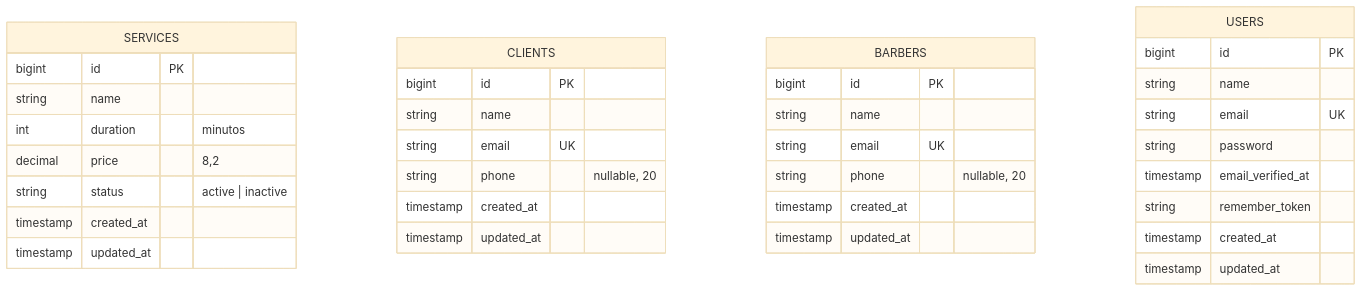
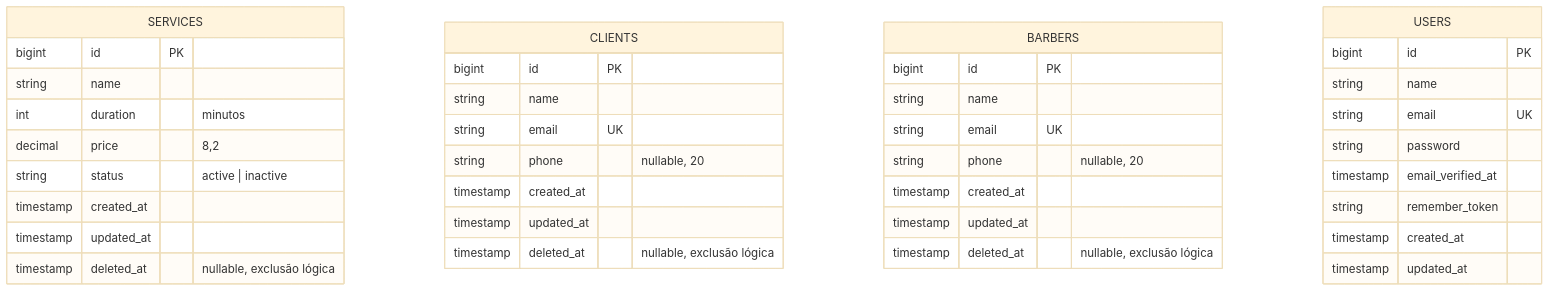
One commit to josecoene/barber-shop changed the first of 2 diagrams in docs/ARQUITETURA.md. Above: the diagram before and after it, drawn with Mermaid (base theme). The commit also changed other lines of this file and 4 other files, not shown here.

````diff
--- a/docs/ARQUITETURA.md
+++ b/docs/ARQUITETURA.md
@@ -74,38 +98,41 @@
 ```mermaid
 erDiagram
     SERVICES {
         bigint id PK
         string name
         int duration "minutos"
         decimal price "8,2"
         string status "active | inactive"
         timestamp created_at
         timestamp updated_at
+        timestamp deleted_at "nullable, exclusão lógica"
     }
     CLIENTS {
         bigint id PK
         string name
         string email UK
         string phone "nullable, 20"
         timestamp created_at
         timestamp updated_at
+        timestamp deleted_at "nullable, exclusão lógica"
     }
     BARBERS {
         bigint id PK
         string name
         string email UK
         string phone "nullable, 20"
         timestamp created_at
         timestamp updated_at
+        timestamp deleted_at "nullable, exclusão lógica"
     }
     USERS {
         bigint id PK
         string name
         string email UK
         string password
         timestamp email_verified_at
         string remember_token
         timestamp created_at
         timestamp updated_at
     }
 ```
````
